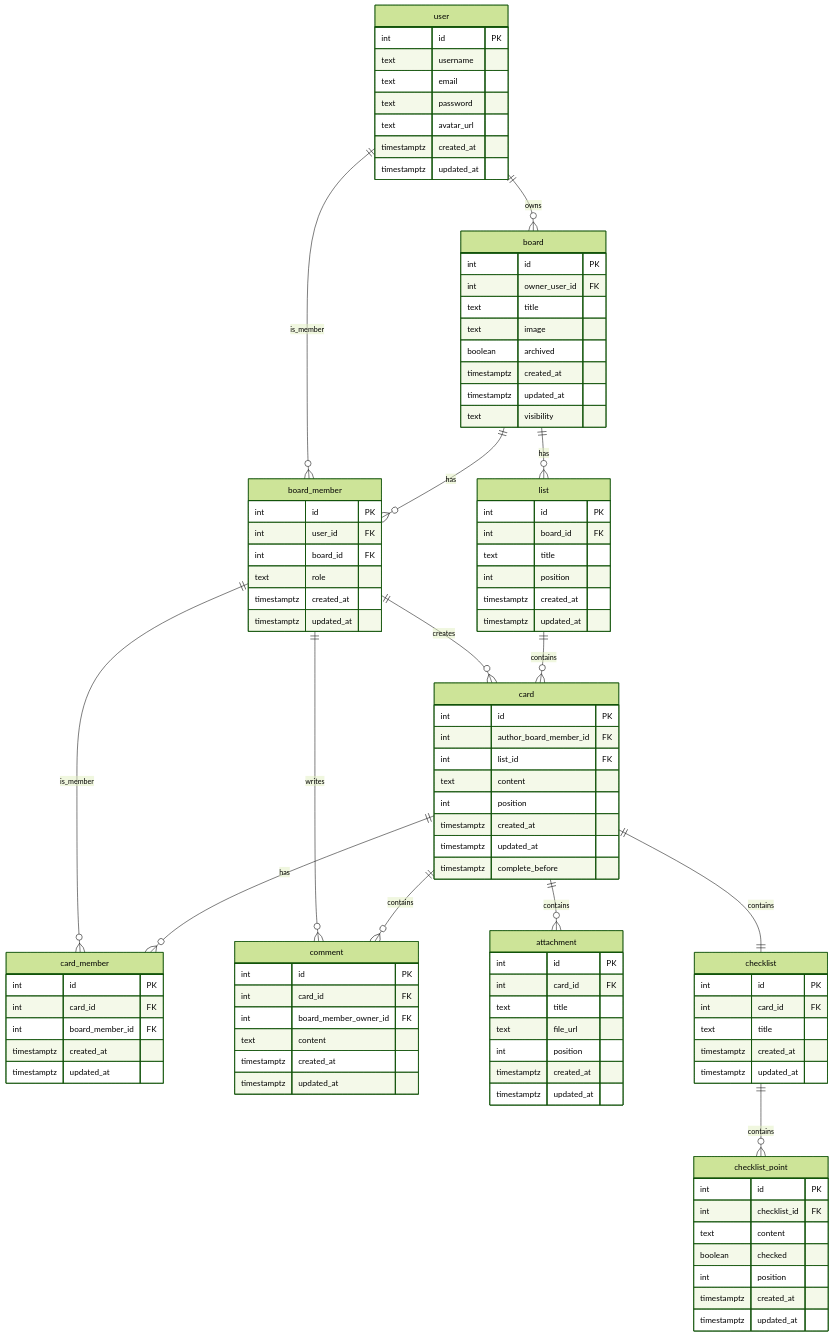
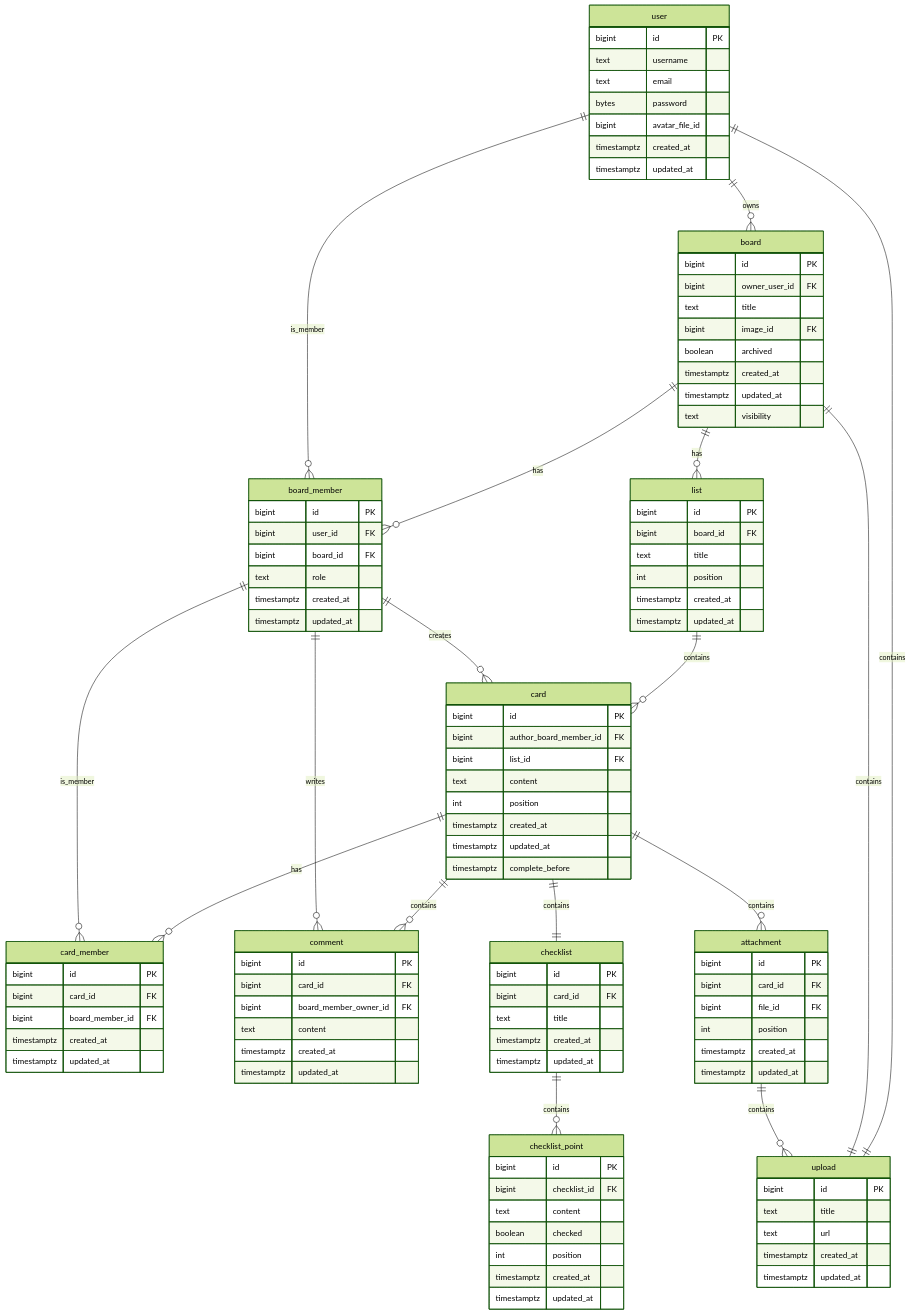
The diagram in internal/db/normalized/ERdiagram.md (go-park-mail-ru/2025_2_PochtiVPraime), drawn with Mermaid (forest theme) before and after one commit. The commit also changed 3 other files, not shown here.

````diff
--- a/internal/db/normalized/ERdiagram.md
+++ b/internal/db/normalized/ERdiagram.md
@@ -1,20 +1,20 @@
 ```mermaid
     erDiagram
 	user {
-		int id PK 
+		bigint id PK 
 		text username  
 		text email   
-		text password 
-        text avatar_url  
+		bytes password 
+        bigint avatar_file_id  
         timestamptz created_at
         timestamptz updated_at
 	}
 
 	board {
-		int id PK  
-		int owner_user_id FK
+		bigint id PK  
+		bigint owner_user_id FK
 		text title   
-		text image 
+		bigint image_id FK
 		boolean archived  
 		timestamptz created_at
         timestamptz updated_at
@@ -22,17 +22,17 @@
 	}
 
     board_member {
-		int id PK 
-        int user_id FK 
-        int board_id FK  
+		bigint id PK 
+        bigint user_id FK 
+        bigint board_id FK  
 		text role  
         timestamptz created_at   
         timestamptz updated_at
 	}
 
 	list {
-		int id PK   
-		int board_id FK
+		bigint id PK   
+		bigint board_id FK
 		text title  
         int position 
 		timestamptz created_at   
@@ -40,9 +40,9 @@
 	}
 
 	card {
-		int id PK   
-		int author_board_member_id FK  
-		int list_id FK  
+		bigint id PK   
+		bigint author_board_member_id FK  
+		bigint list_id FK  
 		text content  
 		int position  
 		timestamptz created_at  
@@ -51,43 +51,42 @@
 	}
 
 	card_member {
-		int id PK   
-		int card_id FK  
-        int board_member_id FK
+		bigint id PK   
+		bigint card_id FK  
+        bigint board_member_id FK
         timestamptz created_at   
         timestamptz updated_at
 	}
 
     comment {
-		int id PK    
-		int card_id FK   
-		int board_member_owner_id FK   
+		bigint id PK    
+		bigint card_id FK   
+		bigint board_member_owner_id FK   
 		text content    
 		timestamptz created_at 
         timestamptz updated_at
 	}
 
 	attachment {
-		int id  PK   
-		int card_id FK  
-		text title  
-		text file_url  
+		bigint id  PK   
+		bigint card_id FK    
+		bigint file_id FK   
 		int position  
 		timestamptz created_at   
         timestamptz updated_at
 	}
 
 	checklist {
-		int id  PK   
-		int card_id  FK  
+		bigint id  PK   
+		bigint card_id  FK  
 		text title   
 		timestamptz created_at    
         timestamptz updated_at
 	}
 
 	checklist_point {
-		int id  PK 
-		int checklist_id FK  
+		bigint id  PK 
+		bigint checklist_id FK  
 		text content   
 		boolean checked   
 		int position  
@@ -95,9 +94,19 @@
         timestamptz updated_at
 	}
 
+	upload {
+		bigint id  PK
+		text title
+		text url
+		timestamptz created_at 
+        timestamptz updated_at
+	}
+
 	user||--o{board:"owns"
+	user||--||upload:"contains"
 	board||--o{list:"has"
 	board||--o{board_member:"has"
+	board||--||upload:"contains"
 	user||--o{board_member:"is_member"
 	list||--o{card:"contains"
 	board_member||--o{card:"creates"
@@ -108,4 +117,5 @@
 	card||--o{attachment:"contains"
 	card||--||checklist:"contains"
 	checklist||--o{checklist_point:"contains"
+	attachment||--o{upload:"contains"
 ```
````
